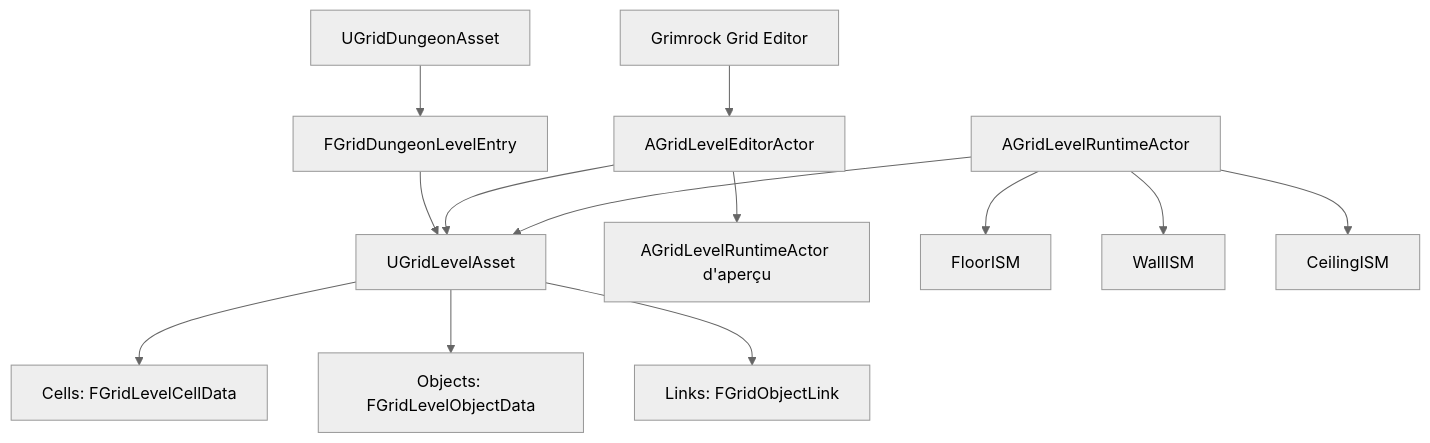
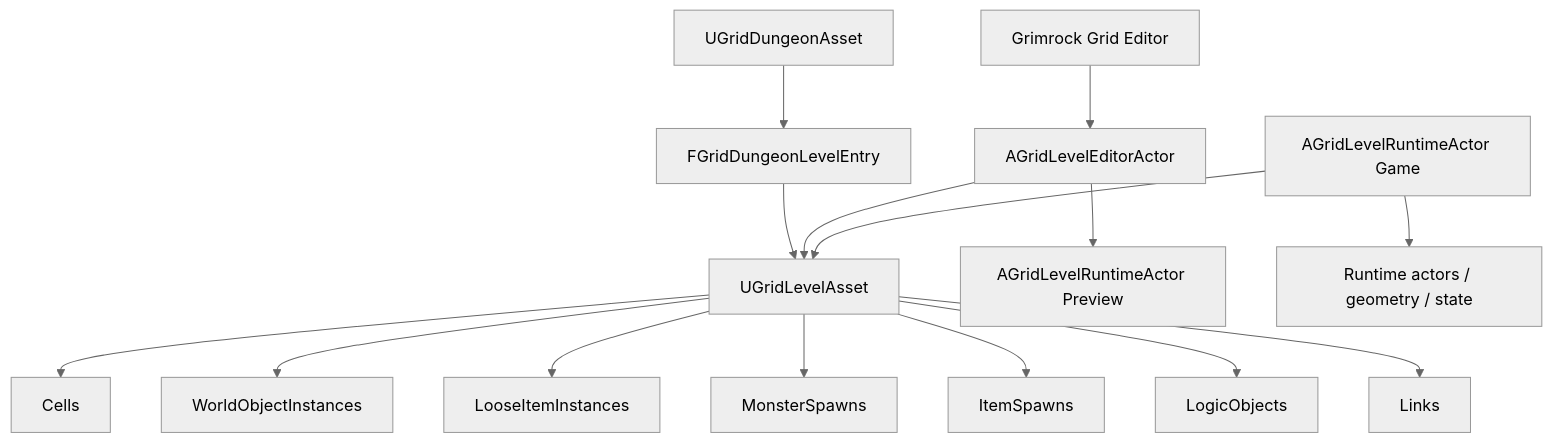
The diagram in docs/Architecture/CORE_DUNGEON_LEVEL_GRID.md (PhilippeMartin1964/GrimrockPrototype), drawn with Mermaid (neutral theme) before and after one commit. The commit also changed other lines of this file, not shown here.

Commit message:
DOC: rewrite core grid architecture for typed semantic model

````diff
--- a/docs/Architecture/CORE_DUNGEON_LEVEL_GRID.md
+++ b/docs/Architecture/CORE_DUNGEON_LEVEL_GRID.md
@@ -44,15 +44,17 @@
 ```mermaid
 flowchart TD
     A[UGridDungeonAsset] --> B[FGridDungeonLevelEntry]
     B --> C[UGridLevelAsset]
-    C --> D[Cells: FGridLevelCellData]
-    C --> E[Objects: FGridLevelObjectData]
-    C --> F[Links: FGridObjectLink]
-    G[Grimrock Grid Editor] --> H[AGridLevelEditorActor]
-    H --> C
-    H --> I[AGridLevelRuntimeActor d'aperçu]
-    J[AGridLevelRuntimeActor] --> C
-    J --> K[FloorISM]
-    J --> L[WallISM]
-    J --> M[CeilingISM]
+    C --> D[Cells]
+    C --> E[WorldObjectInstances]
+    C --> F[LooseItemInstances]
+    C --> G[MonsterSpawns]
+    C --> H[ItemSpawns]
+    C --> I[LogicObjects]
+    C --> J[Links]
+    K[Grimrock Grid Editor] --> L[AGridLevelEditorActor]
+    L --> C
+    L --> M[AGridLevelRuntimeActor Preview]
+    N[AGridLevelRuntimeActor Game] --> C
+    N --> O[Runtime actors / geometry / state]
 ```
````
